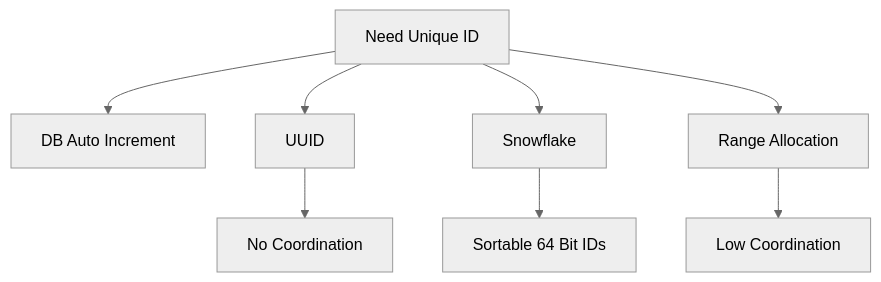
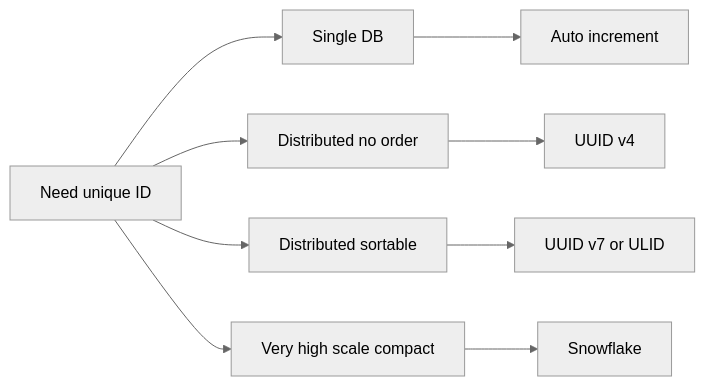
The tenth of 16 diagrams in HLD_NOTES/002_TYPES_OF_INTERVIEWS/000_All_types_quick_reference.md (mthaiseer/springcloud-systemdesign-notes), drawn with Mermaid (neutral theme) before and after one commit. The commit also changed other lines of this file and 1 other file, not shown here.

````diff
--- a/HLD_NOTES/002_TYPES_OF_INTERVIEWS/000_All_types_quick_reference.md
+++ b/HLD_NOTES/002_TYPES_OF_INTERVIEWS/000_All_types_quick_reference.md
@@ -702,10 +1255,20 @@
 ```mermaid
-flowchart TD
-  A[Need Unique ID] --> B[DB Auto Increment]
-  A --> C[UUID]
-  A --> D[Snowflake]
-  A --> E[Range Allocation]
-  C --> F[No Coordination]
-  D --> G[Sortable 64 Bit IDs]
-  E --> H[Low Coordination]
+flowchart LR
+  A[Need unique ID]
+  B[Single DB]
+  C[Distributed no order]
+  D[Distributed sortable]
+  E[Very high scale compact]
+  F[Auto increment]
+  G[UUID v4]
+  H[UUID v7 or ULID]
+  I[Snowflake]
+  A --> B
+  A --> C
+  A --> D
+  A --> E
+  B --> F
+  C --> G
+  D --> H
+  E --> I
 ```
````
